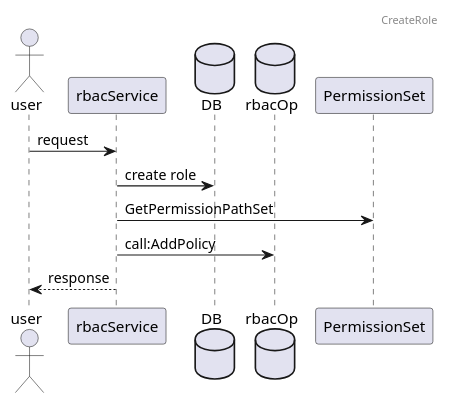
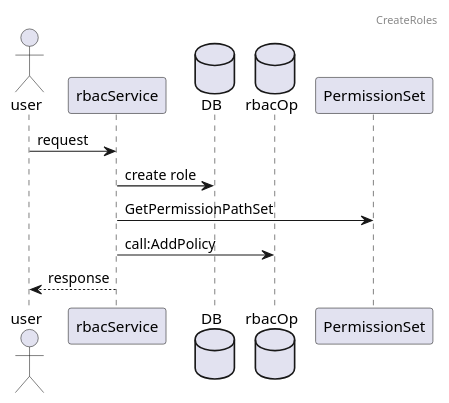
Before and after one commit to tkeel-io/docs: diagram 20 of 23 in docs/api/appendix/plantuml/rudder.md, drawn with PlantUML. The commit also changed other lines of this file and 4 other files, not shown here.

Commit message:
feat:user&tenant&monitor uml

````diff
--- a/docs/api/appendix/plantuml/rudder.md
+++ b/docs/api/appendix/plantuml/rudder.md
@@ -599,17 +401,17 @@
 ```plantuml
 
-header CreateRole
+header CreateRoles
 
 actor user
 participant rbacService
 database DB
 database rbacOp
 participant PermissionSet
 
 user->rbacService:request
 rbacService->DB:create role
 rbacService->PermissionSet:GetPermissionPathSet
 rbacService->rbacOp:call:AddPolicy
 rbacService-->user:response
 
 ```
````
